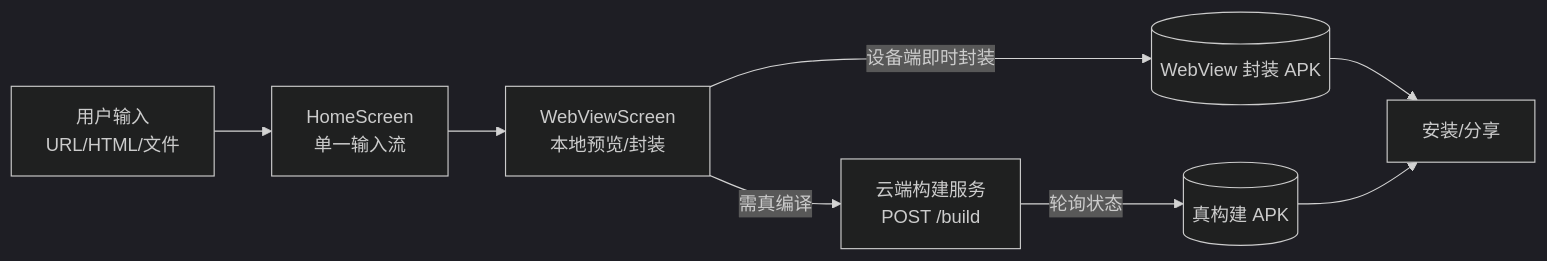
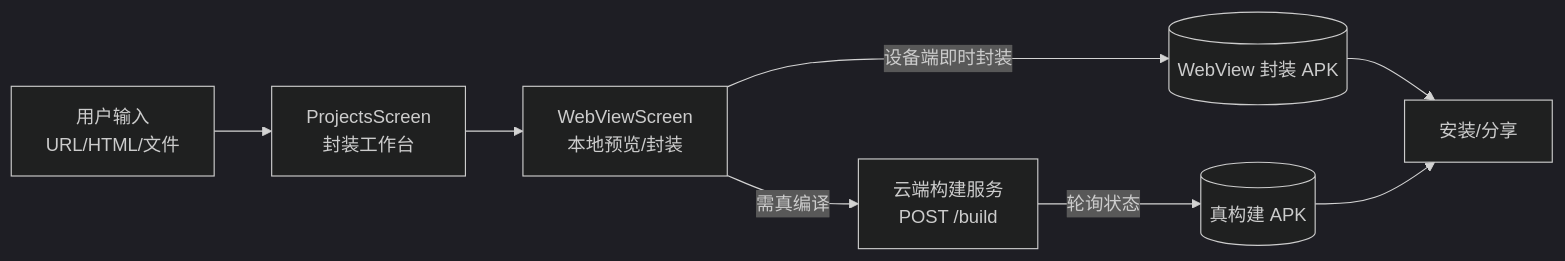
The first of 2 diagrams in docs/ARCHITECTURE.md (Lisir2002/Mini-MakeAPK), drawn with Mermaid (dark theme) before and after one commit. The commit also changed other lines of this file and 79 other files, not shown here.

````diff
--- a/docs/ARCHITECTURE.md
+++ b/docs/ARCHITECTURE.md
@@ -16,10 +16,10 @@
 ```mermaid
 flowchart LR
-    U[用户输入\nURL/HTML/文件] --> H[HomeScreen\n单一输入流]
+    U[用户输入\nURL/HTML/文件] --> H[ProjectsScreen\n封装工作台]
     H --> V[WebViewScreen\n本地预览/封装]
     V -->|设备端即时封装| APK1[(WebView 封装 APK)]
     V -->|需真编译| C[云端构建服务\nPOST /build]
     C -->|轮询状态| APK2[(真构建 APK)]
     APK1 --> I[安装/分享]
     APK2 --> I
 ```
````
